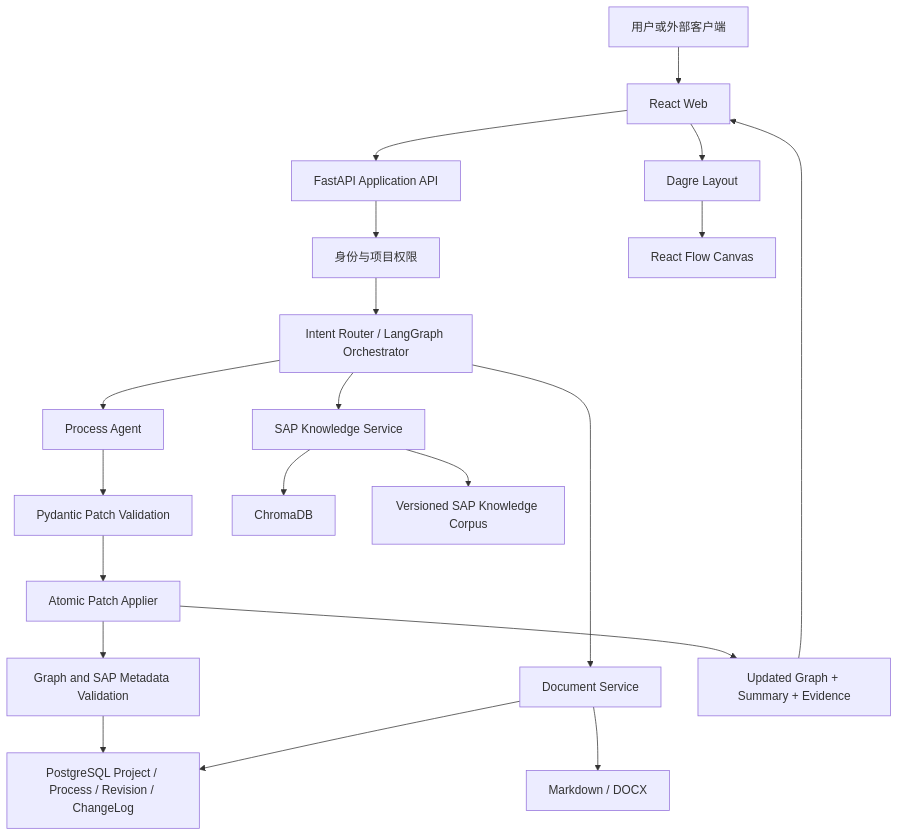
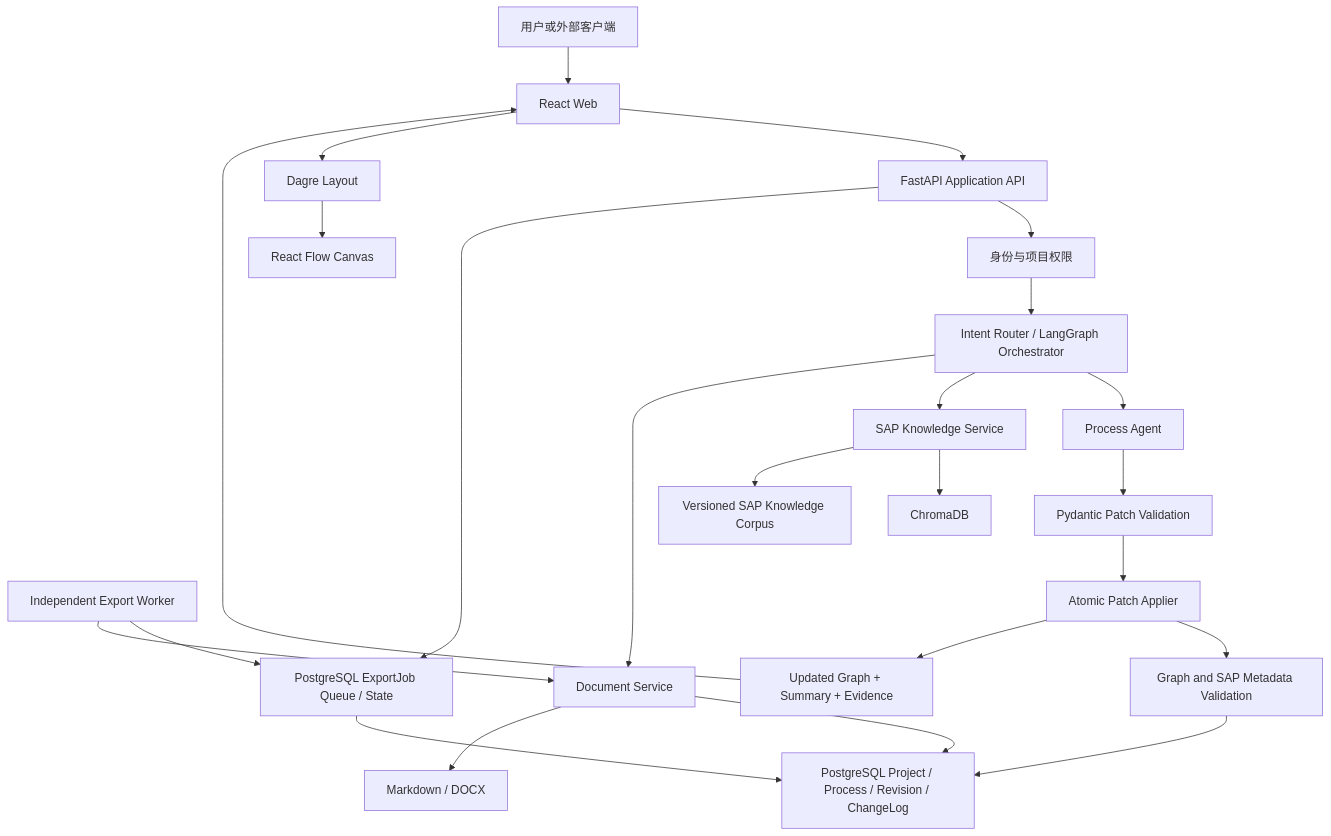
The diagram in IMPLEMENTATION.md (Mortoncmo/SAP-Ai-Flow), drawn with Mermaid before and after one commit. The commit also changed other lines of this file and 23 other files, not shown here.

Commit message:
add independent export worker

````diff
--- a/IMPLEMENTATION.md
+++ b/IMPLEMENTATION.md
@@ -278,22 +283,26 @@
 ```mermaid
 flowchart TB
     U["用户或外部客户端"] --> WEB["React Web"]
     WEB --> API["FastAPI Application API"]
     API --> AUTH["身份与项目权限"]
     AUTH --> ORCH["Intent Router / LangGraph Orchestrator"]
     ORCH --> PROC["Process Agent"]
     ORCH --> KNOW["SAP Knowledge Service"]
     ORCH --> DOC["Document Service"]
+    API --> JOB["PostgreSQL ExportJob Queue / State"]
+    WORKER["Independent Export Worker"] --> JOB
+    WORKER --> DOC
     PROC --> PATCH["Pydantic Patch Validation"]
     PATCH --> APPLY["Atomic Patch Applier"]
     APPLY --> RULES["Graph and SAP Metadata Validation"]
     KNOW --> VECTOR["ChromaDB"]
     KNOW --> CORPUS["Versioned SAP Knowledge Corpus"]
     RULES --> DB["PostgreSQL Project / Process / Revision / ChangeLog"]
+    JOB --> DB
     DOC --> DB
     DOC --> EXPORT["Markdown / DOCX"]
     APPLY --> RESULT["Updated Graph + Summary + Evidence"]
     RESULT --> WEB
     WEB --> LAYOUT["Dagre Layout"]
     LAYOUT --> CANVAS["React Flow Canvas"]
 ```
````
